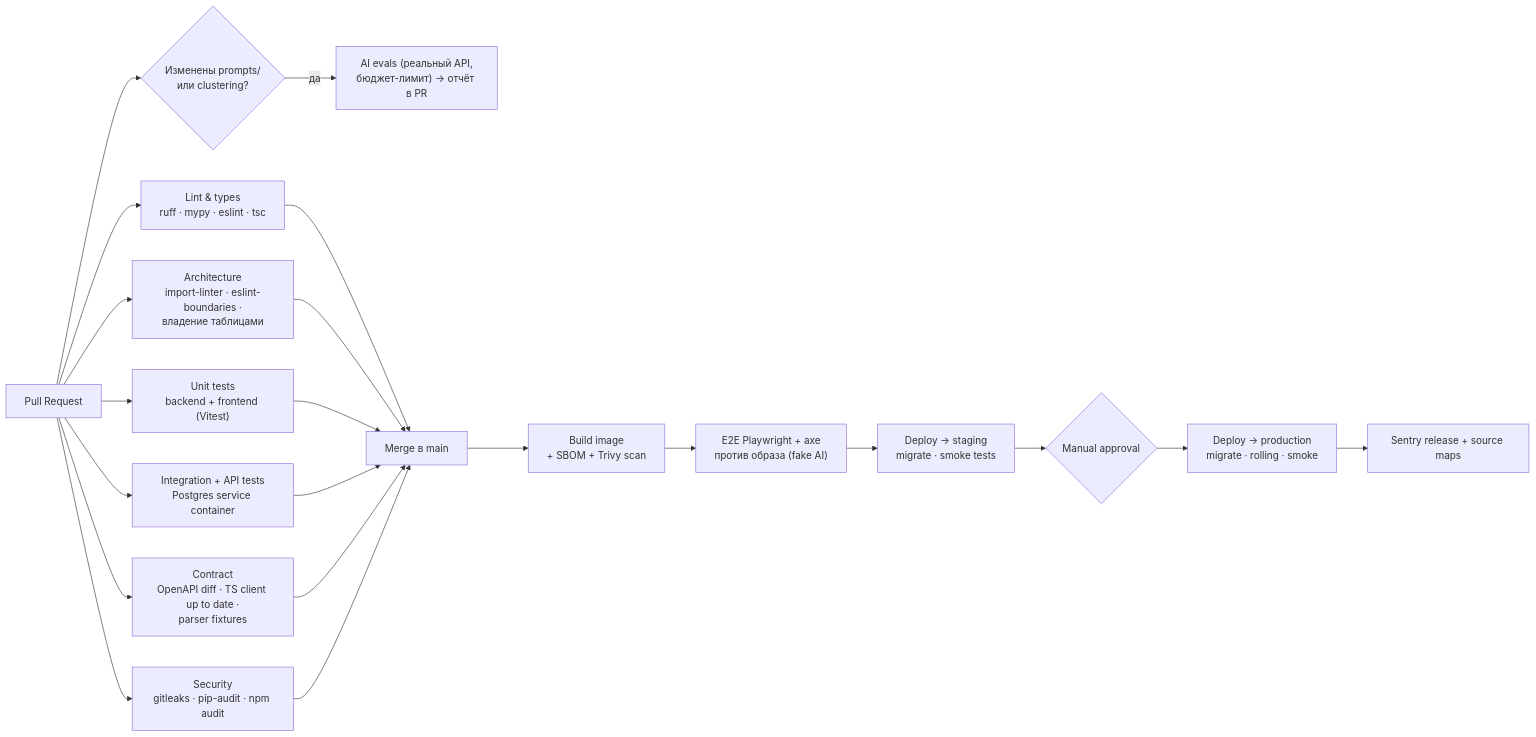
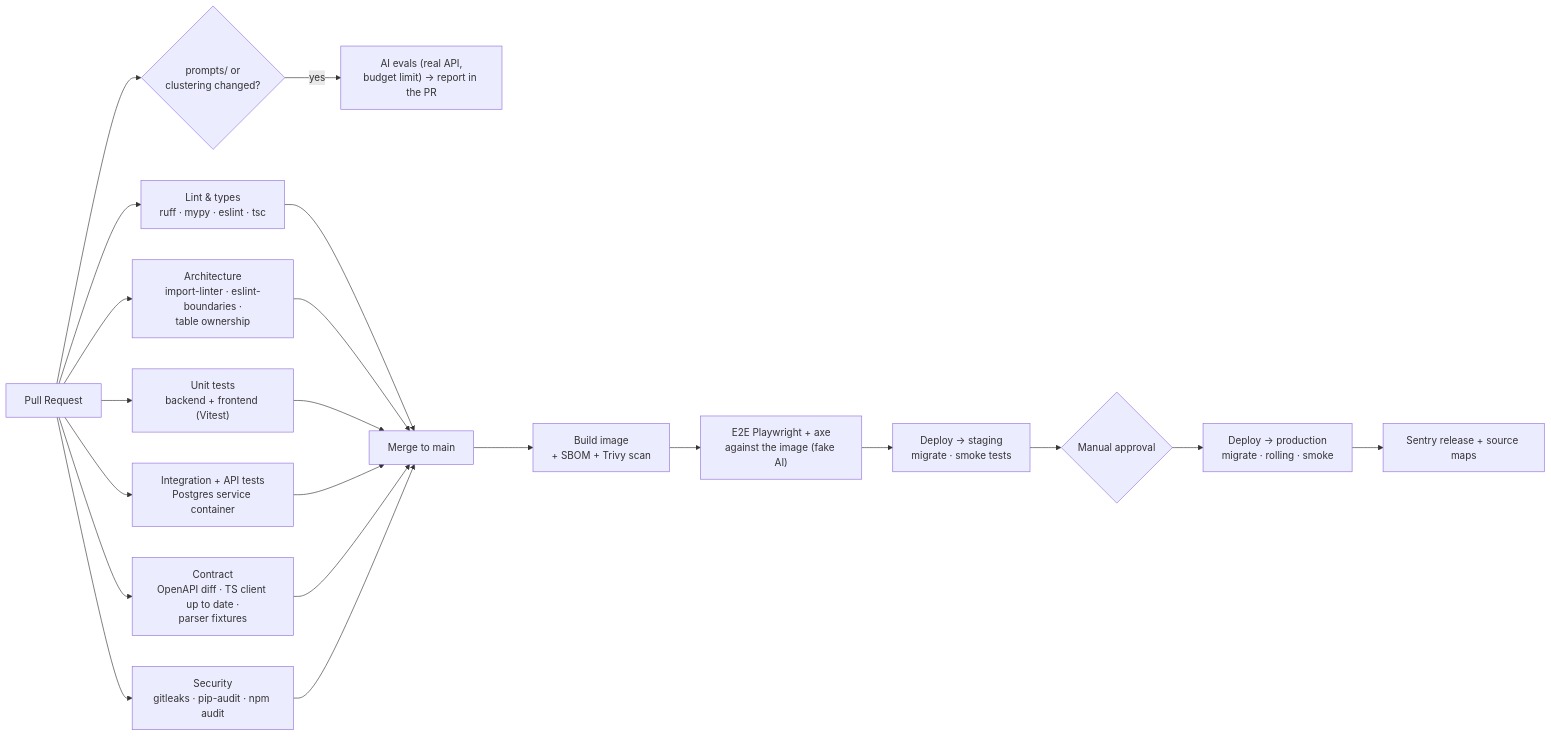
Diagram 12 of 13 in docs/ARCHITECTURE.md (notLeri/sportintel), drawn with Mermaid before and after one commit. The commit also changed other lines of this file and 13 other files, not shown here.

Commit message:
docs: translate architecture doc and API descriptions to English

````diff
--- a/docs/ARCHITECTURE.md
+++ b/docs/ARCHITECTURE.md
@@ -1725,18 +1725,18 @@
 ```mermaid
 flowchart LR
   PR["Pull Request"] --> L["Lint & types<br/>ruff · mypy · eslint · tsc"]
-  PR --> AR["Architecture<br/>import-linter · eslint-boundaries ·<br/>владение таблицами"]
+  PR --> AR["Architecture<br/>import-linter · eslint-boundaries ·<br/>table ownership"]
   PR --> UT["Unit tests<br/>backend + frontend (Vitest)"]
   PR --> IT["Integration + API tests<br/>Postgres service container"]
   PR --> CT["Contract<br/>OpenAPI diff · TS client up to date ·<br/>parser fixtures"]
   PR --> SEC["Security<br/>gitleaks · pip-audit · npm audit"]
-  PR --> EV{"Изменены prompts/<br/>или clustering?"}
-  EV -->|да| EVAL["AI evals (реальный API,<br/>бюджет-лимит) → отчёт в PR"]
-  L & AR & UT & IT & CT & SEC --> M["Merge в main"]
+  PR --> EV{"prompts/ or<br/>clustering changed?"}
+  EV -->|yes| EVAL["AI evals (real API,<br/>budget limit) → report in the PR"]
+  L & AR & UT & IT & CT & SEC --> M["Merge to main"]
   M --> B["Build image<br/>+ SBOM + Trivy scan"]
-  B --> E2E["E2E Playwright + axe<br/>против образа (fake AI)"]
+  B --> E2E["E2E Playwright + axe<br/>against the image (fake AI)"]
   E2E --> STG["Deploy → staging<br/>migrate · smoke tests"]
   STG --> GATE{"Manual approval"}
   GATE --> PROD["Deploy → production<br/>migrate · rolling · smoke"]
   PROD --> SENTRY["Sentry release + source maps"]
 ```
````
